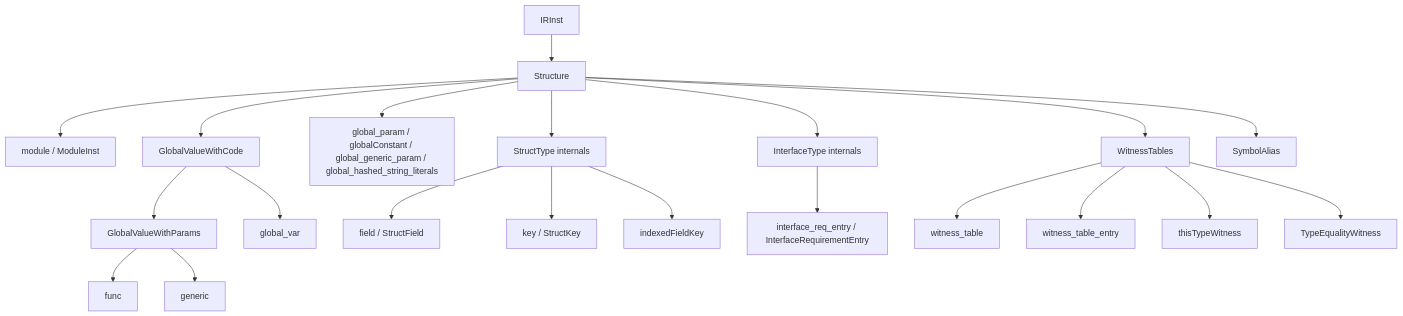
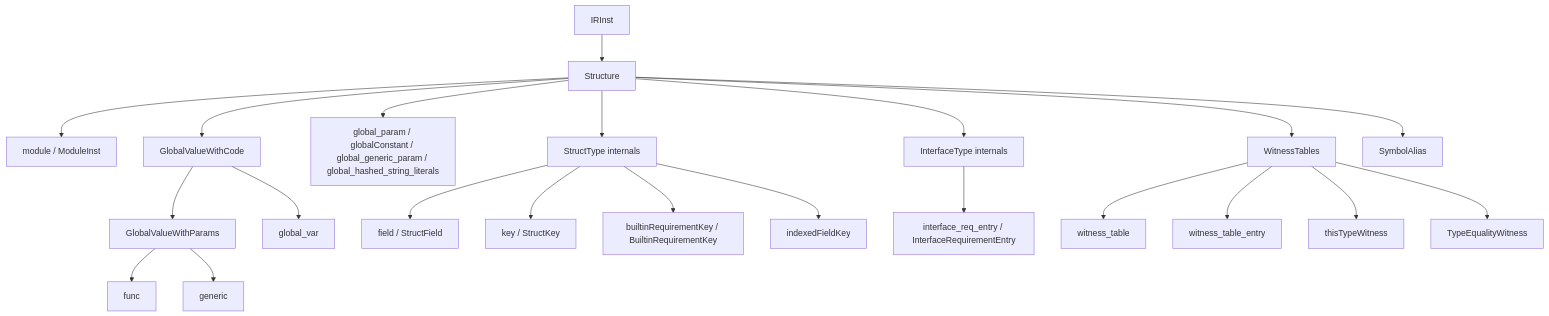
One commit to shader-slang/slang changed the diagram in docs/generated/design/ir-reference/structure.md. Above: the diagram before and after it, drawn with Mermaid. The commit also changed other lines of this file and 143 other files, not shown here.

````diff
--- a/docs/generated/design/ir-reference/structure.md
+++ b/docs/generated/design/ir-reference/structure.md
@@ -52,23 +58,24 @@
 ```mermaid
 flowchart TD
   IRInst --> Structure
   Structure --> moduleNode["module / ModuleInst"]
   Structure --> GlobalValueWithCode
   Structure --> GlobalState["global_param / globalConstant / global_generic_param / global_hashed_string_literals"]
   Structure --> StructInternals["StructType internals"]
   Structure --> InterfaceInternals["InterfaceType internals"]
   Structure --> WitnessTables
   Structure --> SymbolAliasNode["SymbolAlias"]
   GlobalValueWithCode --> GlobalValueWithParams
   GlobalValueWithCode --> global_var
   GlobalValueWithParams --> funcNode[func]
   GlobalValueWithParams --> genericNode[generic]
   StructInternals --> structFieldNode["field / StructField"]
   StructInternals --> structKeyNode["key / StructKey"]
+  StructInternals --> builtinReqKeyNode["builtinRequirementKey / BuiltinRequirementKey"]
   StructInternals --> indexedFieldKeyNode[indexedFieldKey]
   InterfaceInternals --> interfaceReqEntryNode["interface_req_entry / InterfaceRequirementEntry"]
   WitnessTables --> witness_tableNode[witness_table]
   WitnessTables --> witness_table_entryNode[witness_table_entry]
   WitnessTables --> thisTypeWitnessNode[thisTypeWitness]
   WitnessTables --> TypeEqualityWitnessNode[TypeEqualityWitness]
 ```
````
